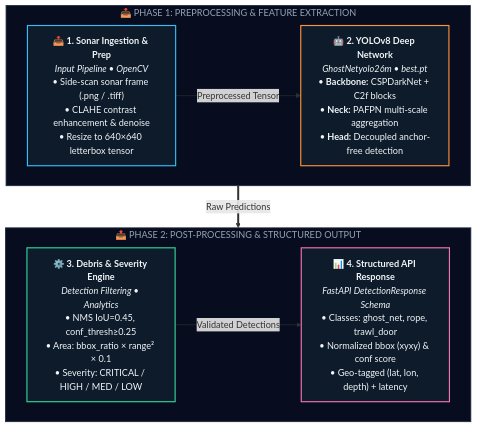
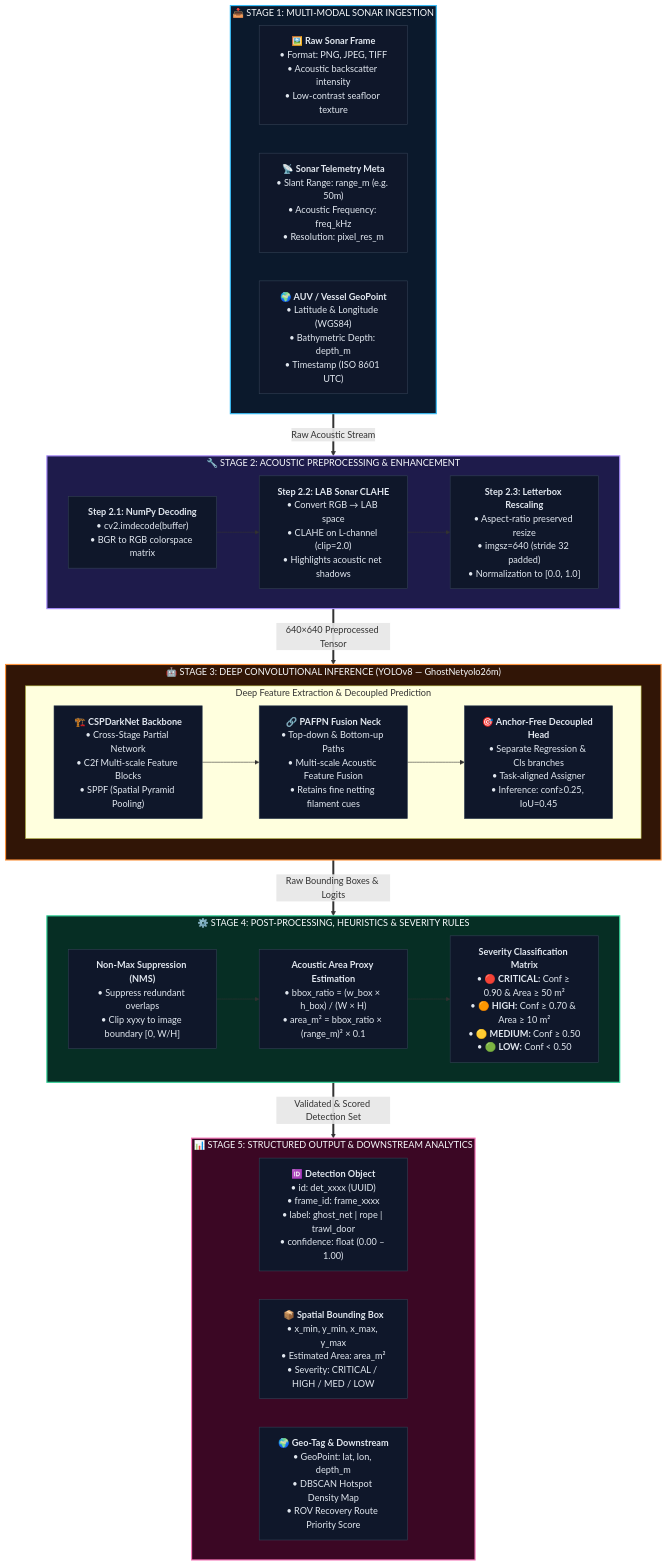
Before and after one commit to SGSShaurya5497/ghostnet: the second of 2 diagrams in README.md, drawn with Mermaid. The commit also changed other lines of this file, not shown here.

Commit message:
docs: enrich architecture & inference pipeline diagrams with full technical accuracy

````diff
--- a/README.md
+++ b/README.md
@@ -46,25 +106,66 @@
 ```mermaid
 flowchart TB
-    subgraph INGESTION ["📥 PHASE 1: PREPROCESSING & FEATURE EXTRACTION"]
+    %% =======================================================
+    %% GHOSTNET COMPUTER VISION INFERENCE PIPELINE
+    %% =======================================================
+
+    subgraph STAGE1 ["📥 STAGE 1: MULTI-MODAL SONAR INGESTION"]
         direction LR
-        S1["<b>📥 1. Sonar Ingestion & Prep</b><br/><i>Input Pipeline • OpenCV</i><br/>• Side-scan sonar frame (.png / .tiff)<br/>• CLAHE contrast enhancement & denoise<br/>• Resize to 640×640 letterbox tensor"]
-        S2["<b>🤖 2. YOLOv8 Deep Network</b><br/><i>GhostNetyolo26m • best.pt</i><br/>• <b>Backbone:</b> CSPDarkNet + C2f blocks<br/>• <b>Neck:</b> PAFPN multi-scale aggregation<br/>• <b>Head:</b> Decoupled anchor-free detection"]
-        S1 -->|Preprocessed Tensor| S2
+        IN1["🖼️ <b>Raw Sonar Frame</b><br/>• Format: PNG, JPEG, TIFF<br/>• Acoustic backscatter intensity<br/>• Low-contrast seafloor texture"]
+        IN2["📡 <b>Sonar Telemetry Meta</b><br/>• Slant Range: range_m (e.g. 50m)<br/>• Acoustic Frequency: freq_kHz<br/>• Resolution: pixel_res_m"]
+        IN3["🌍 <b>AUV / Vessel GeoPoint</b><br/>• Latitude & Longitude (WGS84)<br/>• Bathymetric Depth: depth_m<br/>• Timestamp (ISO 8601 UTC)"]
     end
 
-    subgraph INFERENCE ["📤 PHASE 2: POST-PROCESSING & STRUCTURED OUTPUT"]
+    subgraph STAGE2 ["🔧 STAGE 2: ACOUSTIC PREPROCESSING & ENHANCEMENT"]
         direction LR
-        S3["<b>⚙️ 3. Debris & Severity Engine</b><br/><i>Detection Filtering • Analytics</i><br/>• NMS IoU=0.45, conf_thresh≥0.25<br/>• Area: bbox_ratio × range² × 0.1<br/>• Severity: CRITICAL / HIGH / MED / LOW"]
-        S4["<b>📊 4. Structured API Response</b><br/><i>FastAPI DetectionResponse Schema</i><br/>• Classes: ghost_net, rope, trawl_door<br/>• Normalized bbox (xyxy) & conf score<br/>• Geo-tagged (lat, lon, depth) + latency"]
-        S3 -->|Validated Detections| S4
+        PR1["<b>Step 2.1: NumPy Decoding</b><br/>• cv2.imdecode(buffer)<br/>• BGR to RGB colorspace matrix"]
+        --> PR2["<b>Step 2.2: LAB Sonar CLAHE</b><br/>• Convert RGB → LAB space<br/>• CLAHE on L-channel (clip=2.0)<br/>• Highlights acoustic net shadows"]
+        --> PR3["<b>Step 2.3: Letterbox Rescaling</b><br/>• Aspect-ratio preserved resize<br/>• imgsz=640 (stride 32 padded)<br/>• Normalization to [0.0, 1.0]"]
     end
 
-    S2 ==>|Raw Predictions| S3
+    subgraph STAGE3 ["🤖 STAGE 3: DEEP CONVOLUTIONAL INFERENCE (YOLOv8 — GhostNetyolo26m)"]
+        direction TB
+        subgraph NN_INTERNAL ["Deep Feature Extraction & Decoupled Prediction"]
+            direction LR
+            BB["🏗️ <b>CSPDarkNet Backbone</b><br/>• Cross-Stage Partial Network<br/>• C2f Multi-scale Feature Blocks<br/>• SPPF (Spatial Pyramid Pooling)"]
+            --> NK["🔗 <b>PAFPN Fusion Neck</b><br/>• Top-down & Bottom-up Paths<br/>• Multi-scale Acoustic Feature Fusion<br/>• Retains fine netting filament cues"]
+            --> HD["🎯 <b>Anchor-Free Decoupled Head</b><br/>• Separate Regression & Cls branches<br/>• Task-aligned Assigner<br/>• Inference: conf≥0.25, IoU=0.45"]
+        end
+    end
 
-    style INGESTION fill:#070d1e,stroke:#1e293b,stroke-width:1.5px,color:#94a3b8
-    style INFERENCE fill:#070d1e,stroke:#1e293b,stroke-width:1.5px,color:#94a3b8
-    style S1 fill:#0d1b2a,stroke:#38bdf8,stroke-width:2px,color:#f1f5f9
-    style S2 fill:#0d1b2a,stroke:#fb923c,stroke-width:2px,color:#f1f5f9
-    style S3 fill:#0d1b2a,stroke:#34d399,stroke-width:2px,color:#f1f5f9
-    style S4 fill:#0d1b2a,stroke:#f472b6,stroke-width:2px,color:#f1f5f9
+    subgraph STAGE4 ["⚙️ STAGE 4: POST-PROCESSING, HEURISTICS & SEVERITY RULES"]
+        direction LR
+        PO1["<b>Non-Max Suppression (NMS)</b><br/>• Suppress redundant overlaps<br/>• Clip xyxy to image boundary [0, W/H]"]
+        PO2["<b>Acoustic Area Proxy Estimation</b><br/>• bbox_ratio = (w_box × h_box) / (W × H)<br/>• area_m² = bbox_ratio × (range_m)² × 0.1"]
+        PO3["<b>Severity Classification Matrix</b><br/>• 🔴 <b>CRITICAL:</b> Conf ≥ 0.90 & Area ≥ 50 m²<br/>• 🟠 <b>HIGH:</b> Conf ≥ 0.70 & Area ≥ 10 m²<br/>• 🟡 <b>MEDIUM:</b> Conf ≥ 0.50<br/>• 🟢 <b>LOW:</b> Conf < 0.50"]
+        PO1 --> PO2 --> PO3
+    end
+
+    subgraph STAGE5 ["📊 STAGE 5: STRUCTURED OUTPUT & DOWNSTREAM ANALYTICS"]
+        direction LR
+        OUT1["🆔 <b>Detection Object</b><br/>• id: det_xxxx (UUID)<br/>• frame_id: frame_xxxx<br/>• label: ghost_net | rope | trawl_door<br/>• confidence: float (0.00 – 1.00)"]
+        OUT2["📦 <b>Spatial Bounding Box</b><br/>• x_min, y_min, x_max, y_max<br/>• Estimated Area: area_m²<br/>• Severity: CRITICAL / HIGH / MED / LOW"]
+        OUT3["🌍 <b>Geo-Tag & Downstream</b><br/>• GeoPoint: lat, lon, depth_m<br/>• DBSCAN Hotspot Density Map<br/>• ROV Recovery Route Priority Score"]
+    end
+
+    %% Pipeline Flow
+    STAGE1 ==>|Raw Acoustic Stream| STAGE2
+    STAGE2 ==>|640×640 Preprocessed Tensor| STAGE3
+    STAGE3 ==>|Raw Bounding Boxes & Logits| STAGE4
+    STAGE4 ==>|Validated & Scored Detection Set| STAGE5
+
+    %% Styling Theme
+    classDef s1Style fill:#0b192c,stroke:#38bdf8,stroke-width:2px,color:#f8fafc;
+    classDef s2Style fill:#1e1b4b,stroke:#a78bfa,stroke-width:2px,color:#f8fafc;
+    classDef s3Style fill:#311506,stroke:#fb923c,stroke-width:2px,color:#f8fafc;
+    classDef s4Style fill:#062e24,stroke:#34d399,stroke-width:2px,color:#f8fafc;
+    classDef s5Style fill:#3b0724,stroke:#f472b6,stroke-width:2px,color:#f8fafc;
+    classDef cardStyle fill:#0f172a,stroke:#334155,stroke-width:1px,color:#e2e8f0;
+
+    class STAGE1 s1Style;
+    class STAGE2 s2Style;
+    class STAGE3 s3Style;
+    class STAGE4 s4Style;
+    class STAGE5 s5Style;
+    class IN1,IN2,IN3,PR1,PR2,PR3,BB,NK,HD,PO1,PO2,PO3,OUT1,OUT2,OUT3 cardStyle;
 ```
````
